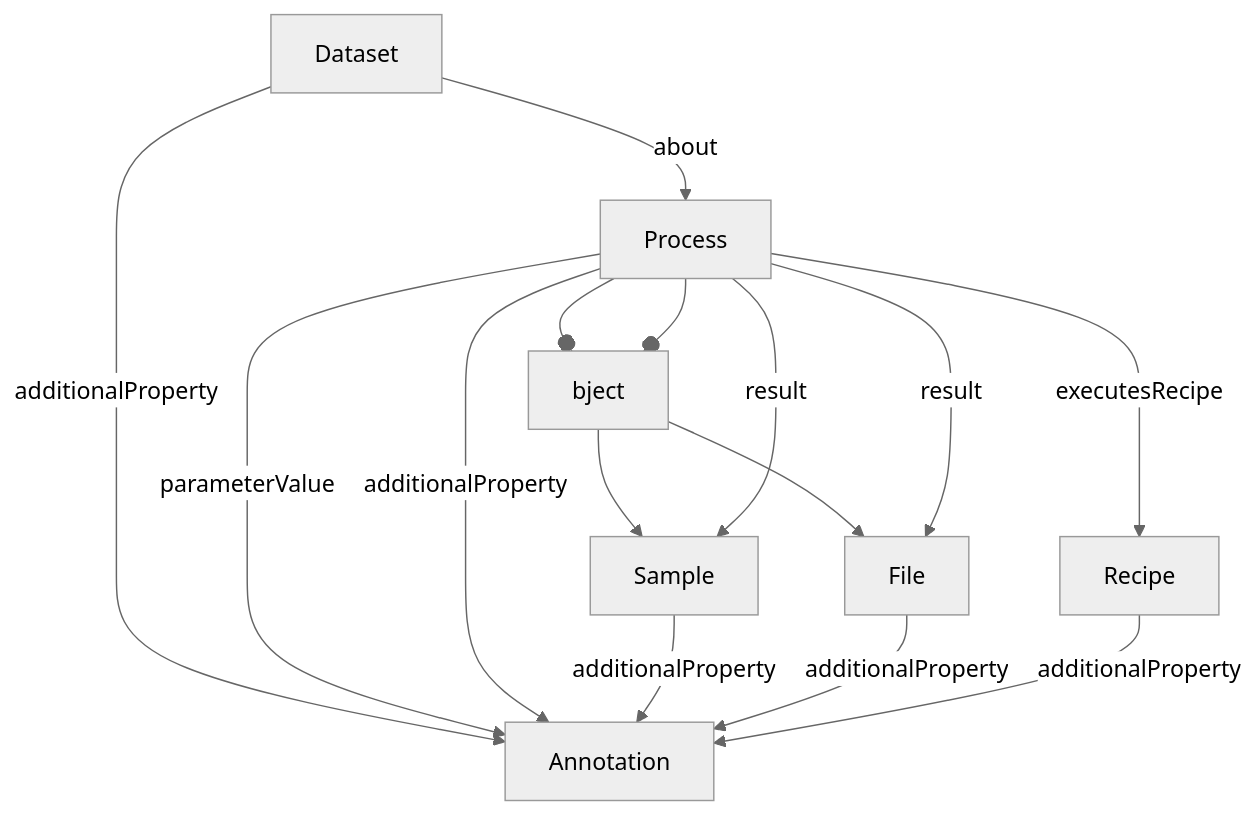
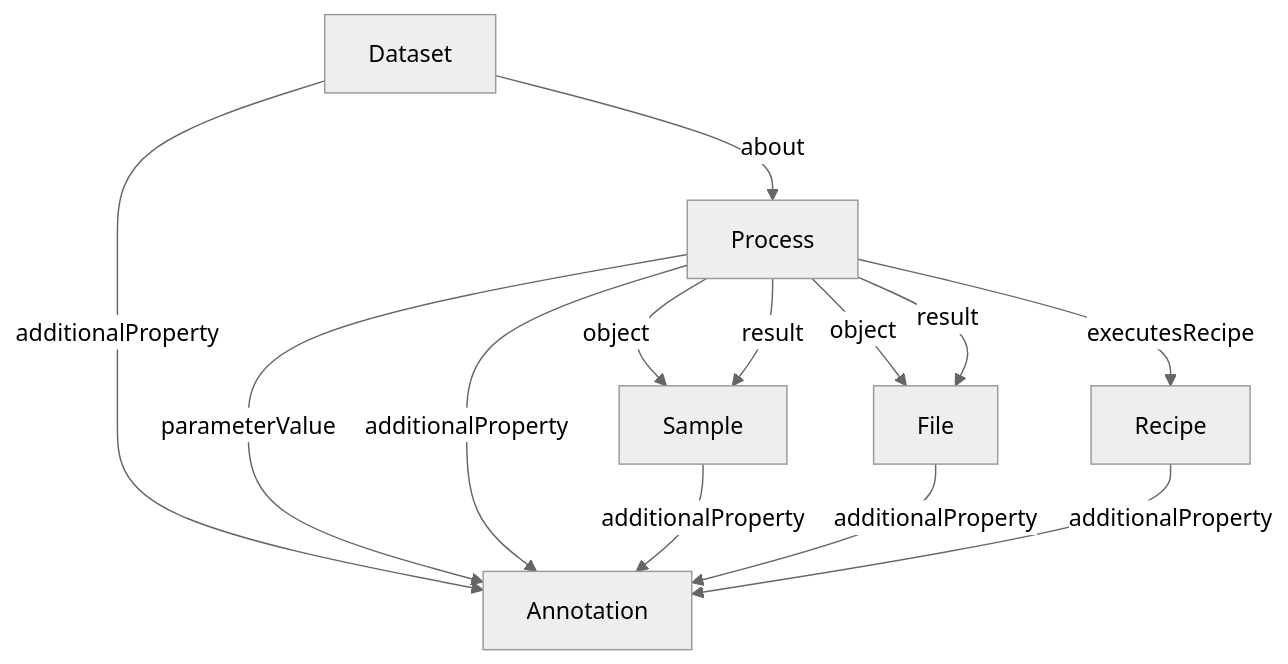
One commit to HLWeil/ProcessCore changed the third of 4 diagrams in docs/project/prior-art.md. Above: the diagram before and after it, drawn with Mermaid (neutral theme). The commit also changed 2 other files, not shown here.

Commit message:
small fix to mermaid edges

````diff
--- a/docs/project/prior-art.md
+++ b/docs/project/prior-art.md
@@ -72,15 +72,15 @@
 ```mermaid
 flowchart TD
     Dataset --about--> Process
     Dataset --additionalProperty--> Annotation
-    Process --object--> Sample
-    Process --object--> File
+    Process --"object"--> Sample
+    Process --"object"--> File
     Process --result--> Sample
     Process --result--> File
     Process --parameterValue--> Annotation
     Process --additionalProperty--> Annotation
     Process --executesRecipe--> Recipe
     Sample --additionalProperty--> Annotation
     File --additionalProperty--> Annotation
     Recipe --additionalProperty--> Annotation
 ```
````
